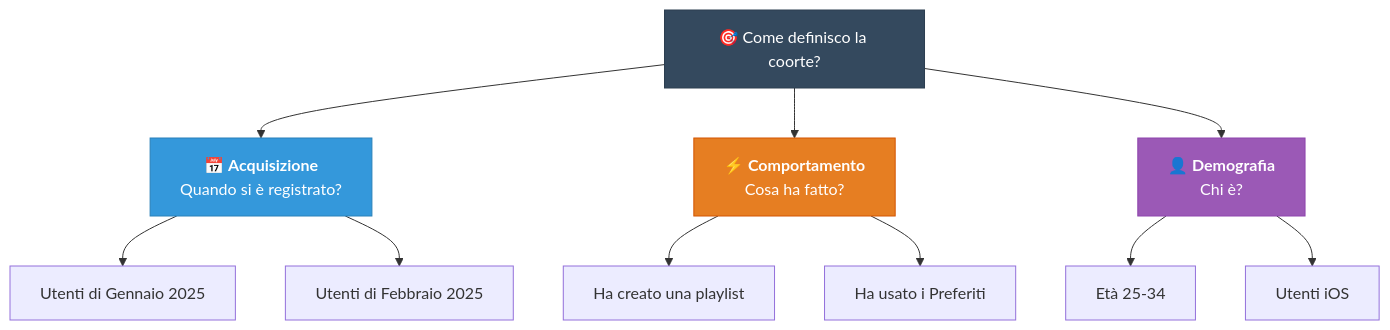
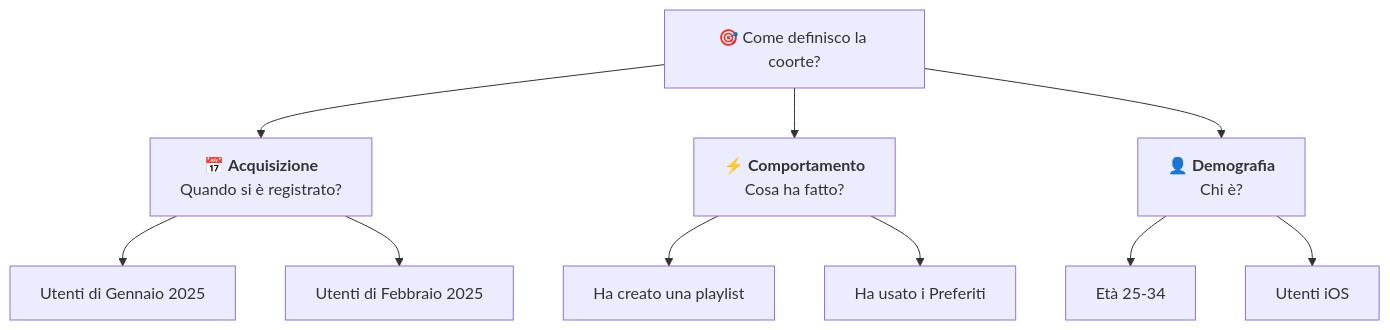
One commit to AndreyBertasini/gynnitech changed the second of 12 diagrams in src/content/corso/analisi-prodotto/analisi-coorte.mdx. Above: the diagram before and after it, drawn with Mermaid. The commit also changed other lines of this file and 110 other files, not shown here.

First line of the commit message:
chore(content): optimize mermaid diagrams for mobile and dark theme

````diff
--- a/src/content/corso/analisi-prodotto/analisi-coorte.mdx
+++ b/src/content/corso/analisi-prodotto/analisi-coorte.mdx
@@ -46,16 +42,12 @@
 ```mermaid
-graph TD
+flowchart TD
     ROOT["🎯 Come definisco la coorte?"] --> ACQ["📅 <b>Acquisizione</b><br/>Quando si è registrato?"]
     ROOT --> BEH["⚡ <b>Comportamento</b><br/>Cosa ha fatto?"]
     ROOT --> DEM["👤 <b>Demografia</b><br/>Chi è?"]
     ACQ --> ACQ1["Utenti di Gennaio 2025"]
     ACQ --> ACQ2["Utenti di Febbraio 2025"]
     BEH --> BEH1["Ha creato una playlist"]
     BEH --> BEH2["Ha usato i Preferiti"]
     DEM --> DEM1["Età 25-34"]
     DEM --> DEM2["Utenti iOS"]
-    style ROOT fill:#34495e,stroke:#2c3e50,color:#fff
-    style ACQ fill:#3498db,stroke:#2980b9,color:#fff
-    style BEH fill:#e67e22,stroke:#d35400,color:#fff
-    style DEM fill:#9b59b6,stroke:#8e44ad,color:#fff
 ```
````
